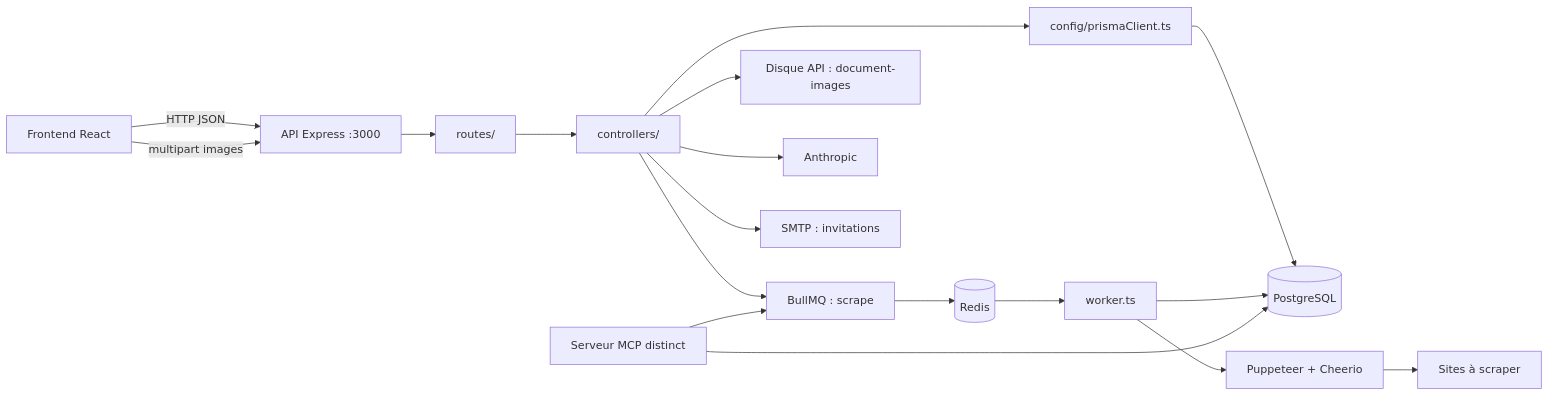
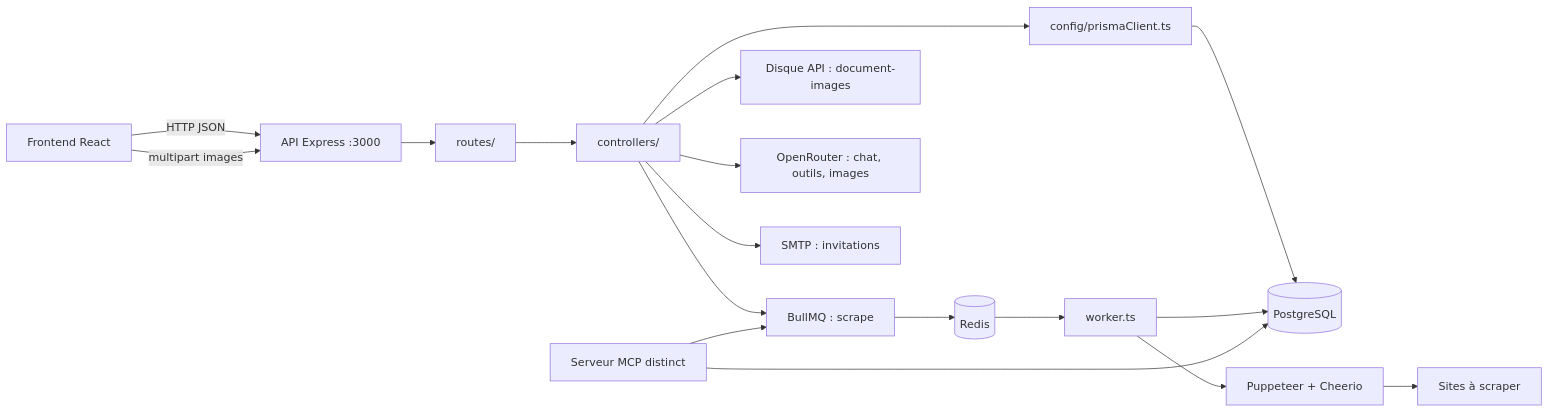
The first of 2 diagrams in docs/schemas/api/architecture.md (Tritounet1/tritou-notes), drawn with Mermaid before and after one commit. The commit also changed other lines of this file and 6 other files, not shown here.

Commit message:
docs: describe the OpenRouter assistant and its data model

````diff
--- a/docs/schemas/api/architecture.md
+++ b/docs/schemas/api/architecture.md
@@ -5,20 +5,20 @@
 ```mermaid
 flowchart LR
     App["Frontend React"] -->|HTTP JSON| Express["API Express :3000"]
     Express --> Routes["routes/"]
     Routes --> Controllers["controllers/"]
     Controllers --> Prisma["config/prismaClient.ts"]
     Prisma --> DB[(PostgreSQL)]
     Controllers --> Queue["BullMQ : scrape"]
     Queue --> Redis[(Redis)]
     Redis --> Worker["worker.ts"]
     Worker --> DB
     Worker --> Browser["Puppeteer + Cheerio"]
     Browser --> Web["Sites à scraper"]
     App -->|multipart images| Express
     Controllers --> Files["Disque API : document-images"]
-    Controllers --> AI["Anthropic"]
+    Controllers --> AI["OpenRouter : chat, outils, images"]
     Controllers --> Mail["SMTP : invitations"]
     MCP["Serveur MCP distinct"] --> DB
     MCP --> Queue
 ```
````
